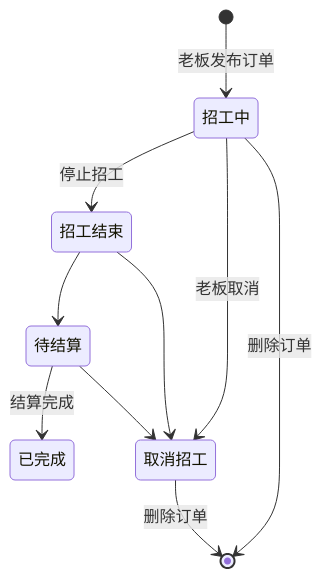
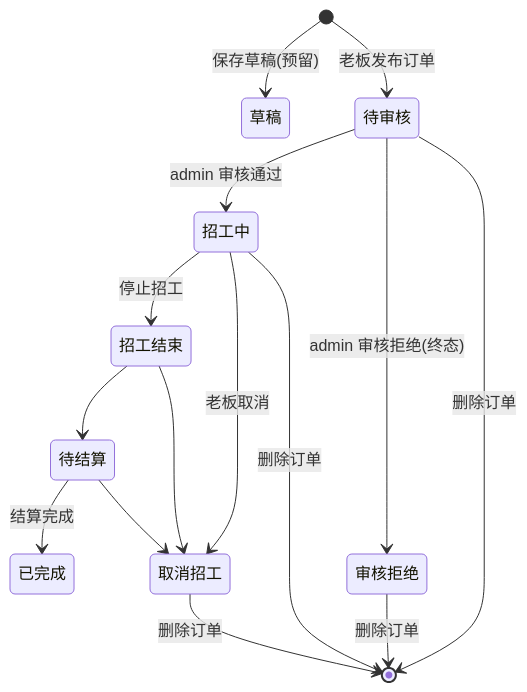
Before and after one commit to liuli-eng/Kuaima: the first of 28 diagrams in kuaima_backend/FLOW.md, drawn with Mermaid. The commit also changed other lines of this file and 33 other files, not shown here.

````diff
--- a/kuaima_backend/FLOW.md
+++ b/kuaima_backend/FLOW.md
@@ -18,12 +21,17 @@
 ```mermaid
 stateDiagram-v2
-    [*] --> 招工中: 老板发布订单
+    [*] --> 草稿: 保存草稿(预留)
+    [*] --> 待审核: 老板发布订单
+    待审核 --> 招工中: admin 审核通过
+    待审核 --> 审核拒绝: admin 审核拒绝(终态)
     招工中 --> 招工结束: 停止招工
     招工中 --> 取消招工: 老板取消
     招工结束 --> 待结算
     招工结束 --> 取消招工
     待结算 --> 已完成: 结算完成
     待结算 --> 取消招工
+    待审核 --> [*]: 删除订单
+    审核拒绝 --> [*]: 删除订单
     招工中 --> [*]: 删除订单
     取消招工 --> [*]: 删除订单
 ```
````
